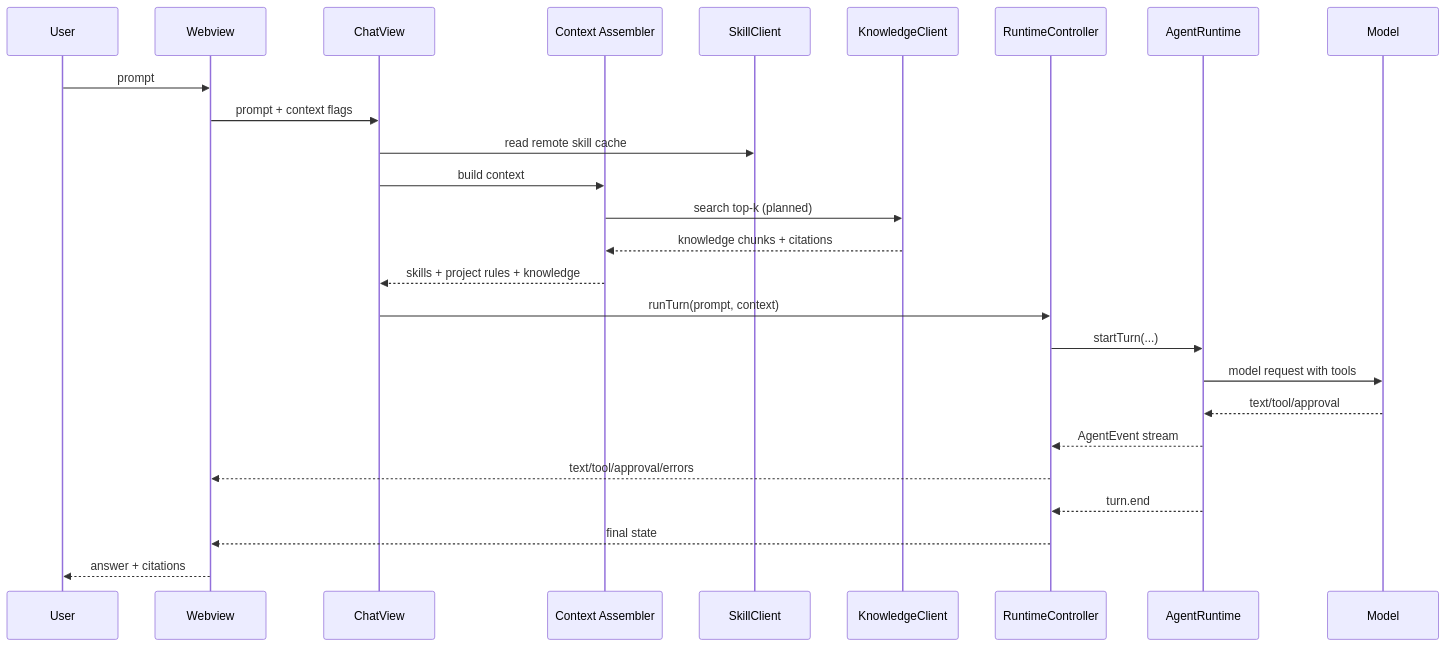
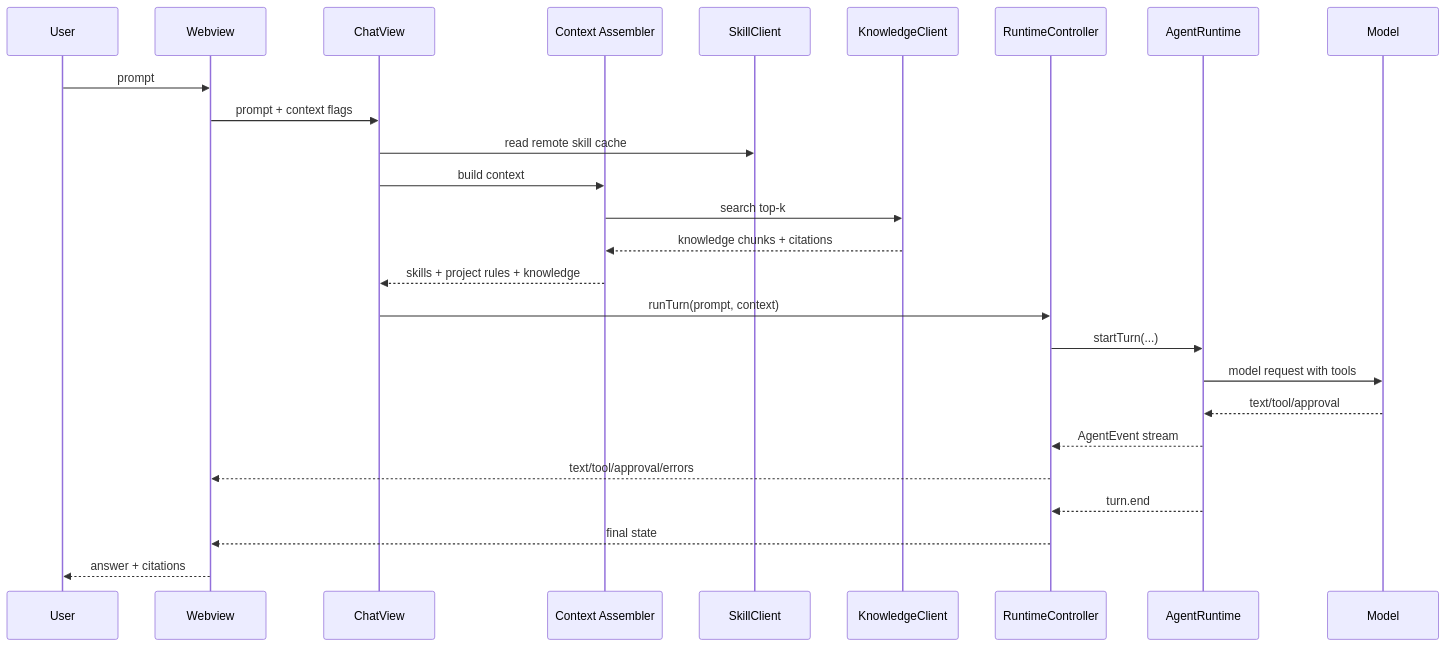
The second of 4 diagrams in ARCHITECTURE.md (ozzzzzh/AgentBox), drawn with Mermaid before and after one commit. The commit also changed other lines of this file and 39 other files, not shown here.

````diff
--- a/ARCHITECTURE.md
+++ b/ARCHITECTURE.md
@@ -220,29 +222,29 @@
 ```mermaid
 sequenceDiagram
     participant U as User
     participant W as Webview
     participant C as ChatView
     participant X as Context Assembler
     participant S as SkillClient
     participant K as KnowledgeClient
     participant R as RuntimeController
     participant A as AgentRuntime
     participant M as Model
 
     U->>W: prompt
     W->>C: prompt + context flags
     C->>S: read remote skill cache
     C->>X: build context
-    X->>K: search top-k (planned)
+    X->>K: search top-k
     K-->>X: knowledge chunks + citations
     X-->>C: skills + project rules + knowledge
     C->>R: runTurn(prompt, context)
     R->>A: startTurn(...)
     A->>M: model request with tools
     M-->>A: text/tool/approval
     A-->>R: AgentEvent stream
     R-->>W: text/tool/approval/errors
     A-->>R: turn.end
     R-->>W: final state
     W-->>U: answer + citations
 ```
````
